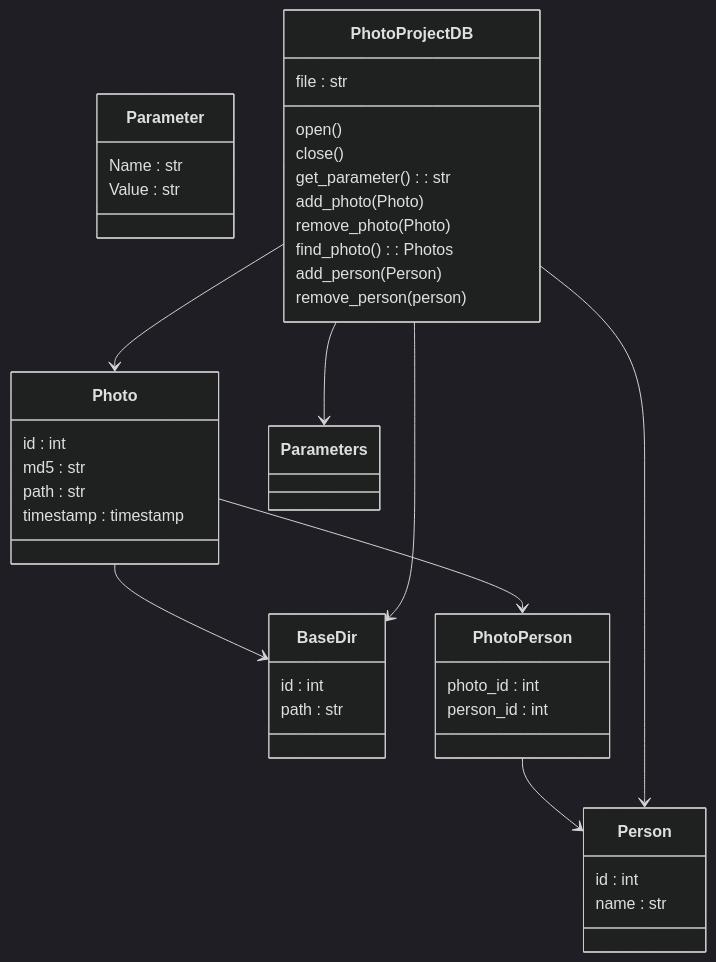
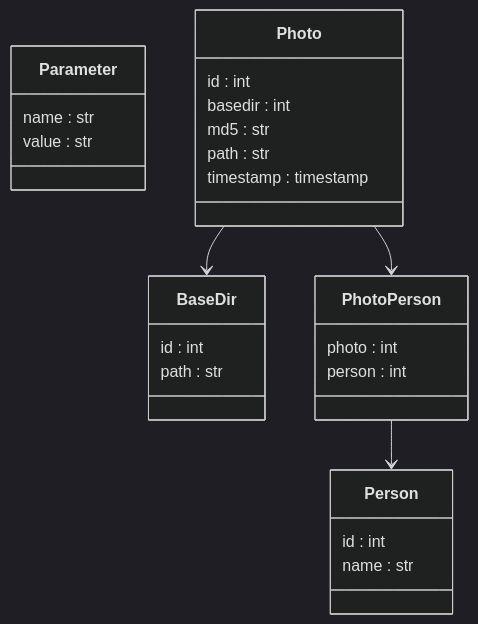
The third of 4 diagrams in Design.md (fvbakel/fotos), drawn with Mermaid (dark theme) before and after one commit. The commit also changed other lines of this file, not shown here.

Commit message:
Update the design after refactor to peewee

````diff
--- a/Design.md
+++ b/Design.md
@@ -42,52 +45,37 @@
 ```mermaid
   classDiagram
 
     class Parameter {
-        Name    : str
-        Value   : str
+        name    : str
+        value   : str
     }
 
     class Photo {
         id          : int
+        basedir     : int
         md5         : str
         path        : str
         timestamp   : timestamp
     }
 
     class BaseDir {
         id      : int
         path    : str
     }
 
     class Person {
         id      : int
         name    : str
     }
 
     class PhotoPerson {
-        photo_id    : int
-        person_id   : int
+        photo    : int
+        person   : int
     }
 
-    class PhotoProjectDB {
-        file                    : str
-        open()
-        close()
-        get_parameter()         : str 
-        add_photo(Photo)
-        remove_photo(Photo)
-        find_photo()            : Photos
-        add_person(Person)
-        remove_person(person)
-    }
 
     Photo --> BaseDir
     Photo --> PhotoPerson
     PhotoPerson --> Person
 
-    PhotoProjectDB --> Parameters
-    PhotoProjectDB --> Photo
-    PhotoProjectDB --> BaseDir
-    PhotoProjectDB --> Person
-
 ```
````
